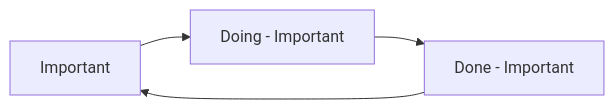
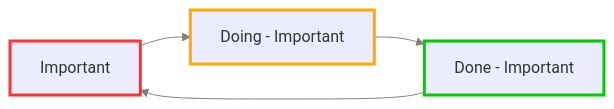
The second of 4 diagrams in docs/Getting Started/Statuses/Example Statuses.md (obsidian-tasks-group/obsidian-tasks), drawn with Mermaid before and after one commit. The commit also changed other lines of this file and 1 other file, not shown here.

Commit message:
docs: Show Status Type as coloured edges in Status Diagrams

````diff
--- a/docs/Getting Started/Statuses/Example Statuses.md
+++ b/docs/Getting Started/Statuses/Example Statuses.md
@@ -48,9 +57,18 @@
 ```mermaid
 flowchart LR
-1["Important"]
-2["Doing - Important"]
-3["Done - Important"]
+
+classDef TODO        stroke:#f33,stroke-width:3px;
+classDef DONE        stroke:#0c0,stroke-width:3px;
+classDef IN_PROGRESS stroke:#fa0,stroke-width:3px;
+classDef CANCELLED   stroke:#ddd,stroke-width:3px;
+classDef NON_TASK    stroke:#99e,stroke-width:3px;
+
+1["Important"]:::TODO
+2["Doing - Important"]:::IN_PROGRESS
+3["Done - Important"]:::DONE
 1 --> 2
 2 --> 3
 3 --> 1
+
+linkStyle default stroke:gray
 ```
````
